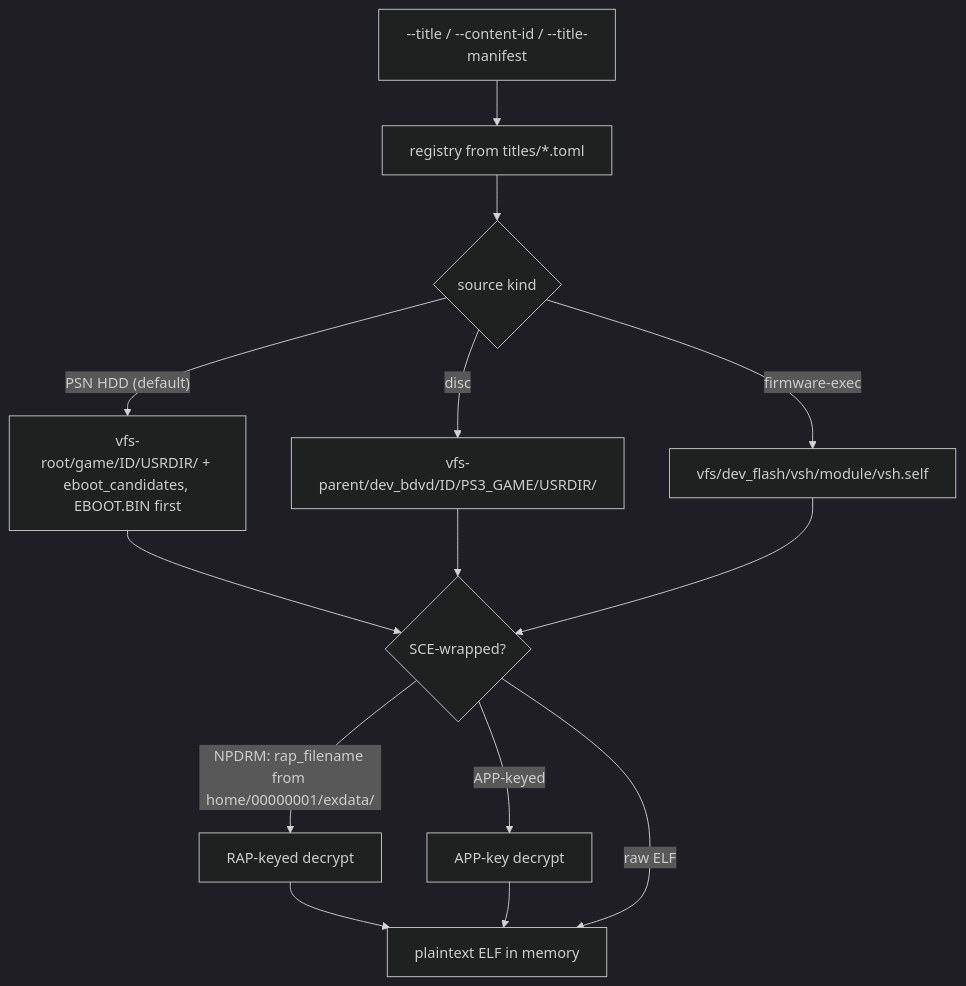
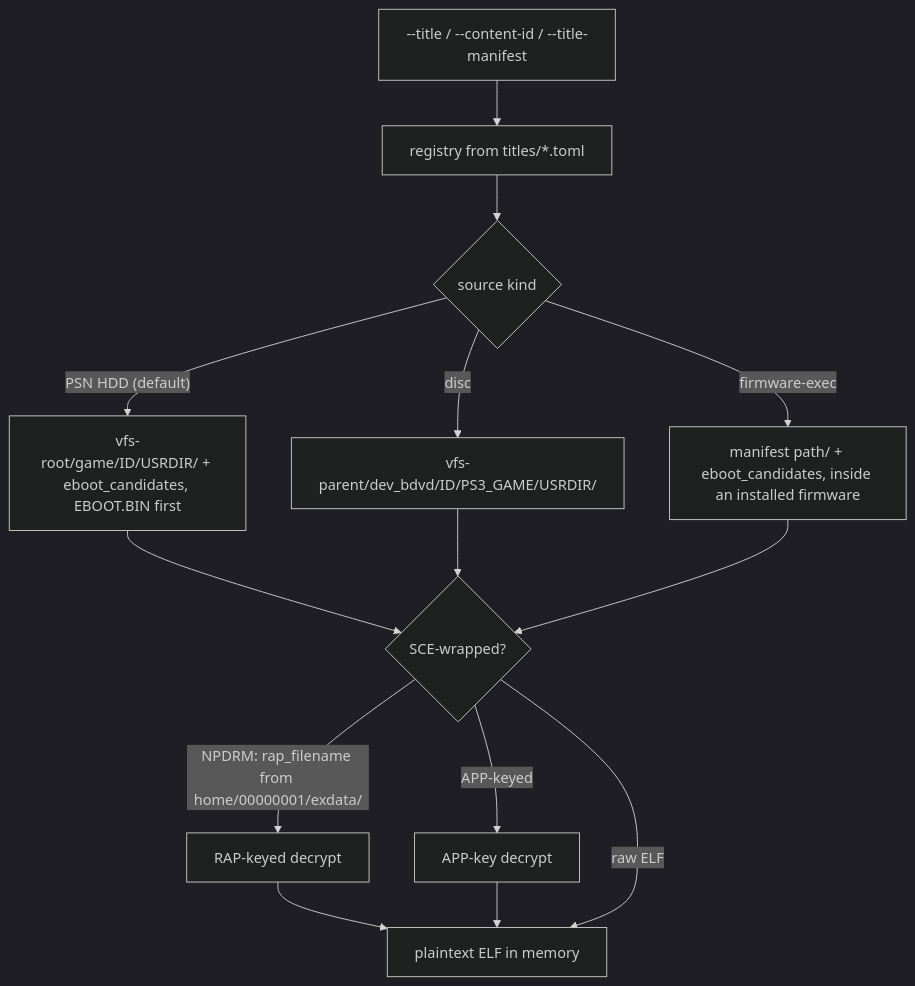
The second of 2 diagrams in docs/architecture/title_harness.md (RoyalAce22/CellGov), drawn with Mermaid (dark theme) before and after one commit. The commit also changed other lines of this file and 28 other files, not shown here.

````diff
--- a/docs/architecture/title_harness.md
+++ b/docs/architecture/title_harness.md
@@ -115,14 +117,14 @@
 ```mermaid
 flowchart TD
   sel["--title / --content-id / --title-manifest"] --> reg["registry from titles/*.toml"]
   reg --> kind{"source kind"}
   kind -->|"PSN HDD (default)"| hdd["vfs-root/game/ID/USRDIR/ + eboot_candidates, EBOOT.BIN first"]
   kind -->|disc| bd["vfs-parent/dev_bdvd/ID/PS3_GAME/USRDIR/"]
-  kind -->|firmware-exec| vsh["vfs/dev_flash/vsh/module/vsh.self"]
+  kind -->|firmware-exec| vsh["manifest path/ + eboot_candidates, inside an installed firmware"]
   hdd --> sce{"SCE-wrapped?"}
   bd --> sce
   vsh --> sce
   sce -->|"NPDRM: rap_filename from home/00000001/exdata/"| rap["RAP-keyed decrypt"] --> elf
   sce -->|APP-keyed| app["APP-key decrypt"] --> elf["plaintext ELF in memory"]
   sce -->|raw ELF| elf
 ```
````
